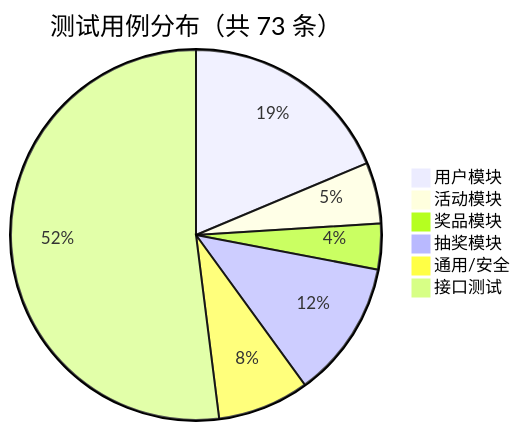
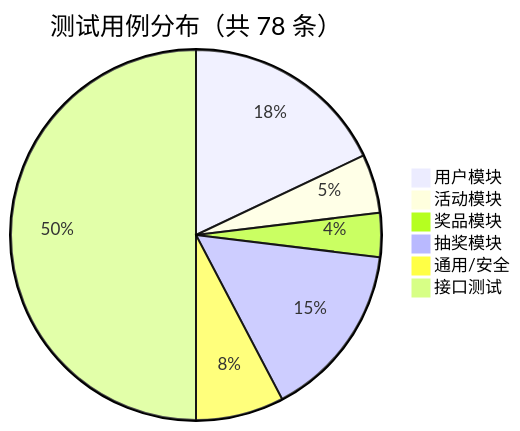
One commit to adamllll/lottery-system changed the sixth of 8 diagrams in docs/lottery-system-test-report.md. Above: the diagram before and after it, drawn with Mermaid. The commit also changed other lines of this file and 3 other files, not shown here.

````diff
--- a/docs/lottery-system-test-report.md
+++ b/docs/lottery-system-test-report.md
@@ -780,9 +800,9 @@
 ```mermaid
-pie title 测试用例分布（共 73 条）
+pie title 测试用例分布（共 78 条）
     "用户模块" : 14
     "活动模块" : 4
     "奖品模块" : 3
-    "抽奖模块" : 9
+    "抽奖模块" : 12
     "通用/安全" : 6
     "接口测试" : 39
 ```
````
